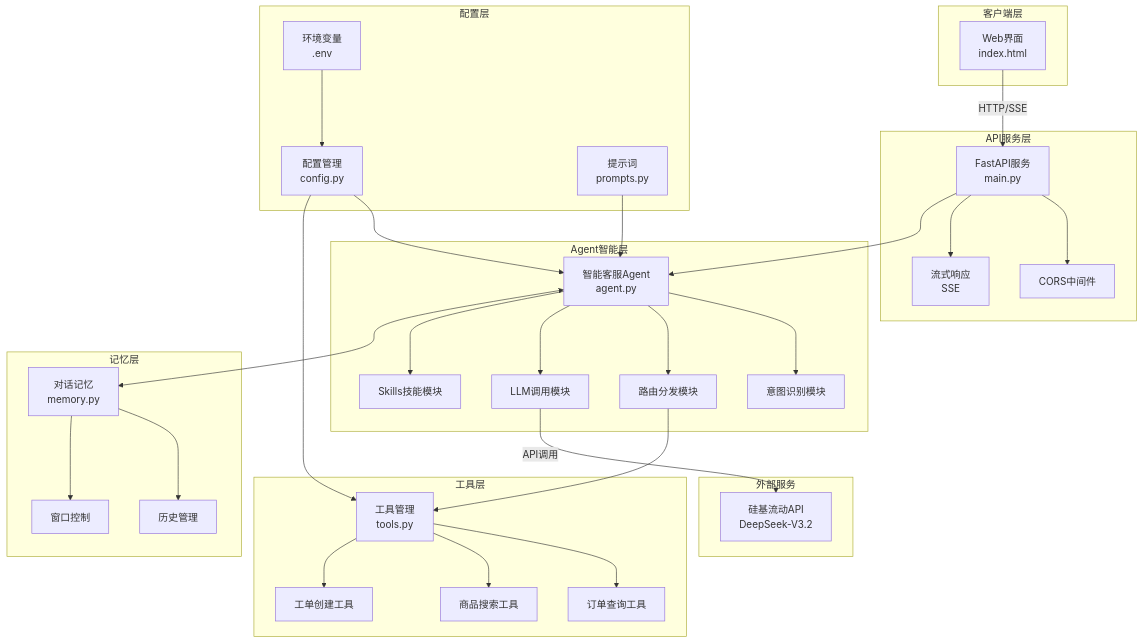
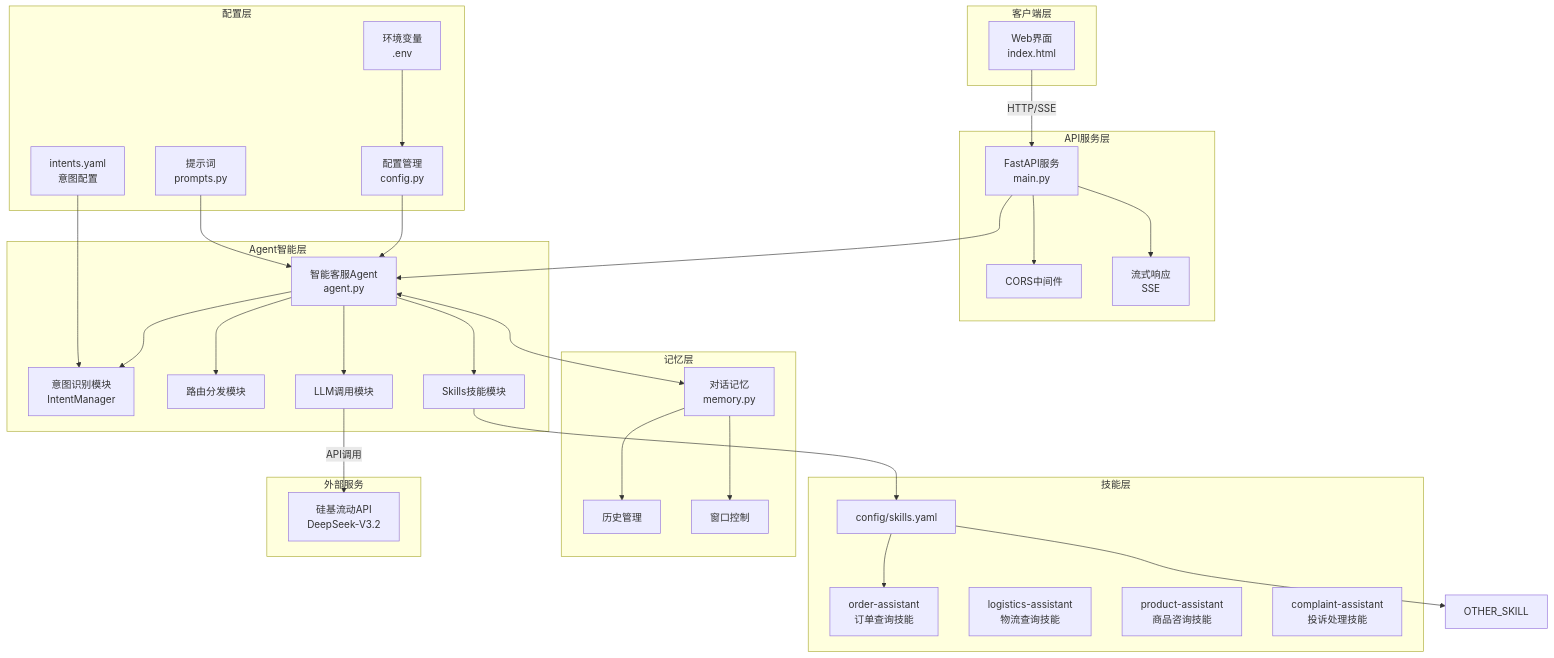
The first of 5 diagrams in spec/AI2AI/架构设计.md (hp5748/spec-agents-test), drawn with Mermaid before and after one commit. The commit also changed other lines of this file and 30 other files, not shown here.

````diff
--- a/spec/AI2AI/架构设计.md
+++ b/spec/AI2AI/架构设计.md
@@ -9,69 +9,70 @@
 ```mermaid
 graph TB
     subgraph 客户端层
         UI[Web界面<br/>index.html]
     end
 
     subgraph API服务层
         MAIN[FastAPI服务<br/>main.py]
         CORS[CORS中间件]
         STREAM[流式响应<br/>SSE]
     end
 
     subgraph Agent智能层
         AGENT[智能客服Agent<br/>agent.py]
-        INTENT[意图识别模块]
+        INTENT[意图识别模块<br/>IntentManager]
         ROUTER[路由分发模块]
         LLM[LLM调用模块]
         SKILLS[Skills技能模块]
     end
 
-    subgraph 工具层
-        TOOLS[工具管理<br/>tools.py]
-        ORDER[订单查询工具]
-        PRODUCT[商品搜索工具]
-        TICKET[工单创建工具]
+    subgraph 技能层
+        SKILL_CONFIG[config/skills.yaml]
+        ORDER_SKILL[order-assistant<br/>订单查询技能]
+        LOGISTICS_SKILL[logistics-assistant<br/>物流查询技能]
+        PRODUCT_SKILL[product-assistant<br/>商品咨询技能]
+        COMPLAINT_SKILL[complaint-assistant<br/>投诉处理技能]
     end
 
     subgraph 记忆层
         MEMORY[对话记忆<br/>memory.py]
         HISTORY[历史管理]
         WINDOW[窗口控制]
     end
 
     subgraph 配置层
         CONFIG[配置管理<br/>config.py]
+        INTENTS[intents.yaml<br/>意图配置]
         PROMPTS[提示词<br/>prompts.py]
         ENV[环境变量<br/>.env]
     end
 
     subgraph 外部服务
         SILICON[硅基流动API<br/>DeepSeek-V3.2]
     end
 
     UI -->|HTTP/SSE| MAIN
     MAIN --> CORS
     MAIN --> STREAM
     MAIN --> AGENT
 
     AGENT --> INTENT
     AGENT --> ROUTER
     AGENT --> LLM
     AGENT --> SKILLS
 
-    ROUTER --> TOOLS
-    TOOLS --> ORDER
-    TOOLS --> PRODUCT
-    TOOLS --> TICKET
+    SKILLS --> SKILL_CONFIG
+    SKILL_CONFIG --> ORDER_SKILL
+    SKILL_CONFIG --> OTHER_SKILL
 
     AGENT <--> MEMORY
     MEMORY --> HISTORY
     MEMORY --> WINDOW
 
     CONFIG --> AGENT
-    CONFIG --> TOOLS
+    INTENTS --> INTENT
     PROMPTS --> AGENT
     ENV --> CONFIG
 
     LLM -->|API调用| SILICON
 ```
````
